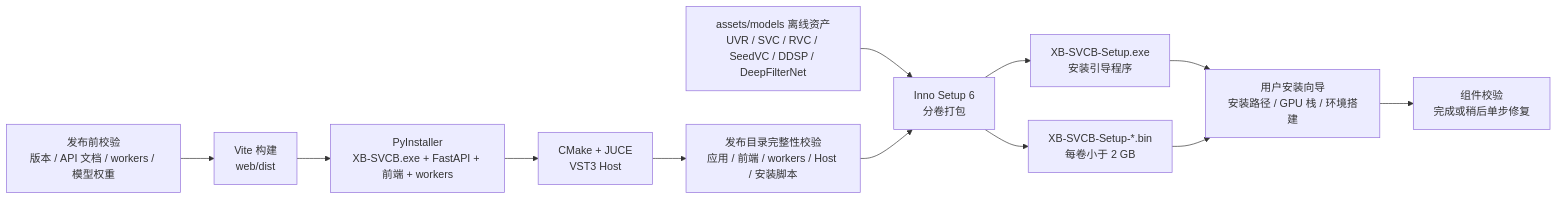
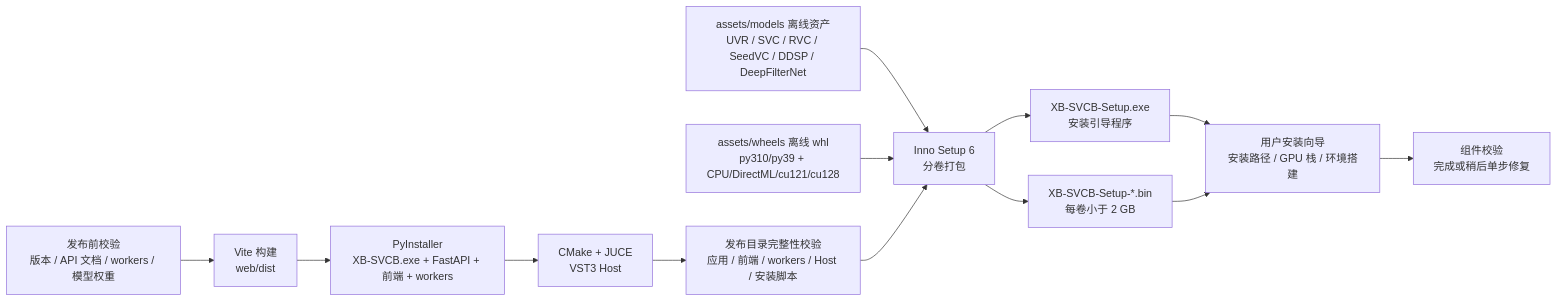
One commit to SDIJF1521/xb-svcb changed the third of 3 diagrams in README.md. Above: the diagram before and after it, drawn with Mermaid. The commit also changed other lines of this file and 46 other files, not shown here.

````diff
--- a/README.md
+++ b/README.md
@@ -846,16 +815,17 @@
 ```mermaid
 flowchart LR
     CHECK["发布前校验<br/>版本 / API 文档 / workers / 模型权重"] --> WEB["Vite 构建<br/>web/dist"]
     WEB --> APP["PyInstaller<br/>XB-SVCB.exe + FastAPI + 前端 + workers"]
     APP --> HOST["CMake + JUCE<br/>VST3 Host"]
     HOST --> STAGE["发布目录完整性校验<br/>应用 / 前端 / workers / Host / 安装脚本"]
 
     ASSETS["assets/models 离线资产<br/>UVR / SVC / RVC / SeedVC / DDSP / DeepFilterNet"] --> ISCC["Inno Setup 6<br/>分卷打包"]
+    WHEELS["assets/wheels 离线 whl<br/>py310/py39 + CPU/DirectML/cu121/cu128"] --> ISCC
     STAGE --> ISCC
 
     ISCC --> EXE["XB-SVCB-Setup.exe<br/>安装引导程序"]
     ISCC --> BIN["XB-SVCB-Setup-*.bin<br/>每卷小于 2 GB"]
     EXE --> INSTALL["用户安装向导<br/>安装路径 / GPU 栈 / 环境搭建"]
     BIN --> INSTALL
     INSTALL --> READY["组件校验<br/>完成或稍后单步修复"]
 ```
````
